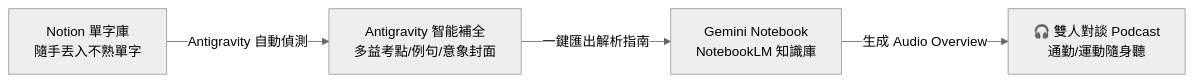
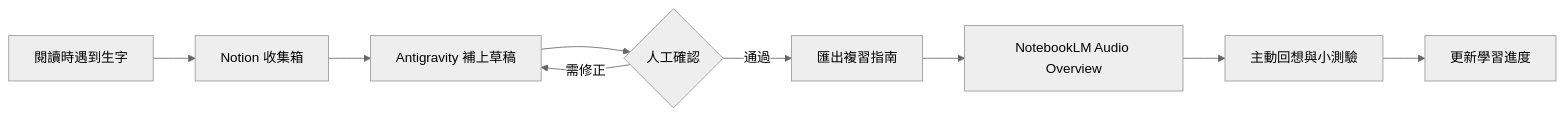
Before and after one commit to wttntpc/tingwu.github.io: the first of 2 diagrams in posts/notion-antigravity-notebooklm-vocabulary-workflow.md, drawn with Mermaid (neutral theme). The commit also changed other lines of this file and 3 other files, not shown here.

````diff
--- a/posts/notion-antigravity-notebooklm-vocabulary-workflow.md
+++ b/posts/notion-antigravity-notebooklm-vocabulary-workflow.md
@@ -12,6 +15,11 @@
 ```mermaid
 flowchart LR
-    A[Notion 單字庫<br>隨手丟入不熟單字] -->|Antigravity 自動偵測| B[Antigravity 智能補全<br>多益考點/例句/意象封面]
-    B -->|一鍵匯出解析指南| C[Gemini Notebook<br>NotebookLM 知識庫]
-    C -->|生成 Audio Overview| D[🎧 雙人對談 Podcast<br>通勤/運動隨身聽]
+    A[閱讀時遇到生字] --> B[Notion 收集箱]
+    B --> C[Antigravity 補上草稿]
+    C --> D{人工確認}
+    D -->|通過| E[匯出複習指南]
+    D -->|需修正| C
+    E --> F[NotebookLM Audio Overview]
+    F --> G[主動回想與小測驗]
+    G --> H[更新學習進度]
 ```
````
